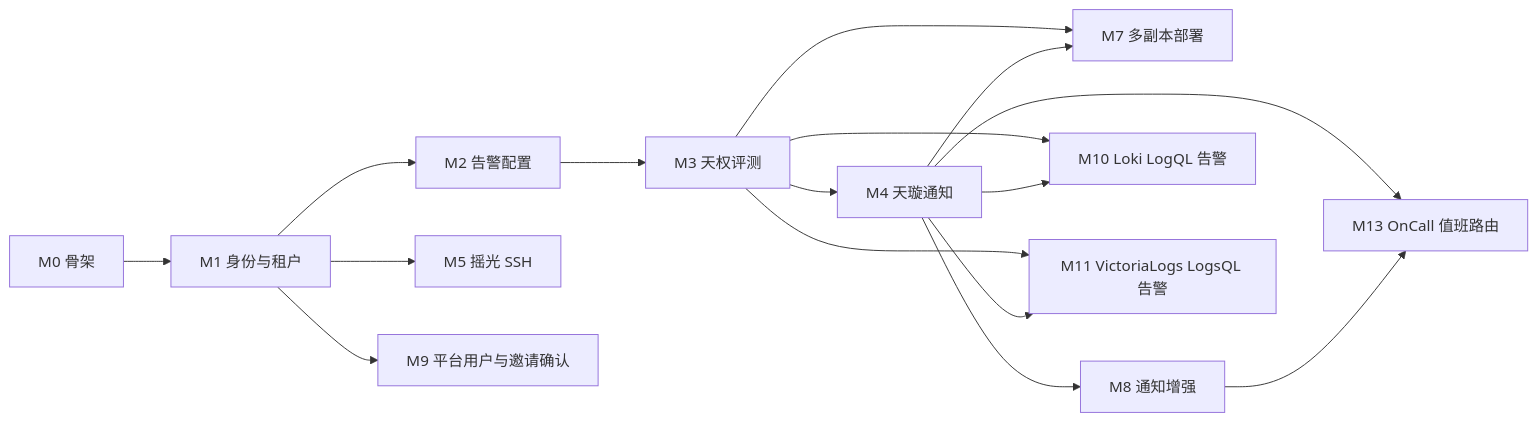
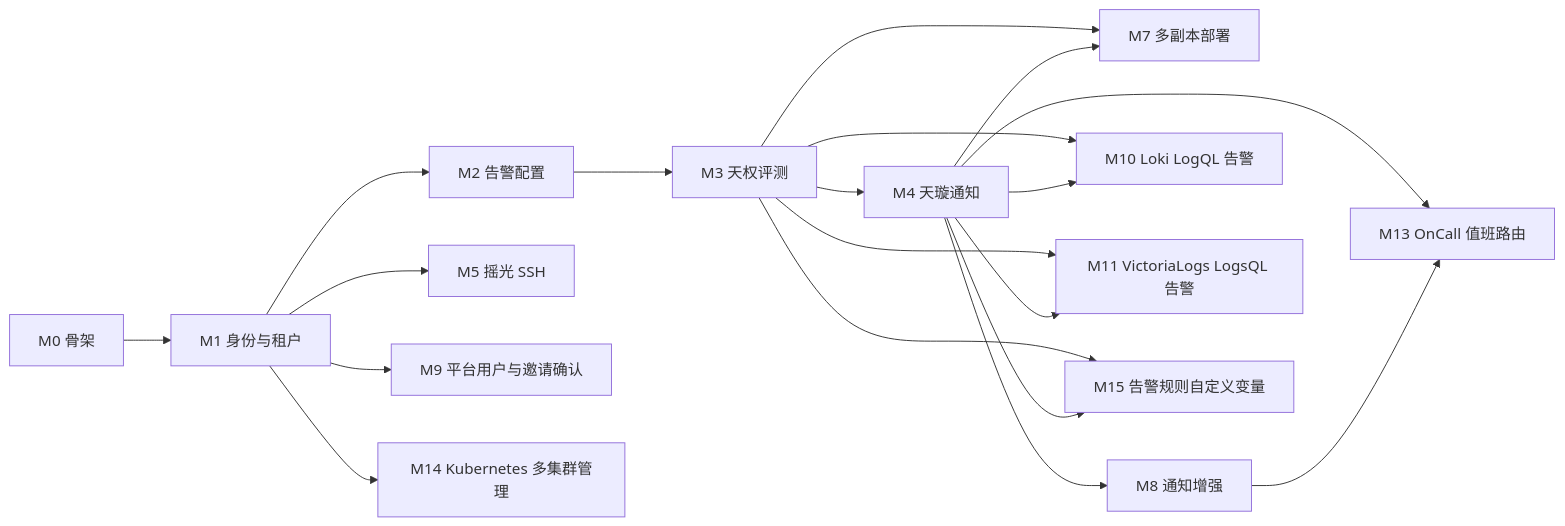
The diagram in docs/roadmap.md (aide-family/moon), drawn with Mermaid before and after one commit. The commit also changed other lines of this file and 187 other files, not shown here.

````diff
--- a/docs/roadmap.md
+++ b/docs/roadmap.md
@@ -38,27 +40,32 @@
 ```mermaid
 flowchart LR
   m0[M0 骨架]
   m1[M1 身份与租户]
   m2[M2 告警配置]
   m3[M3 天权评测]
   m4[M4 天璇通知]
   m5[M5 摇光 SSH]
   m7[M7 多副本部署]
   m8[M8 通知增强]
   m9[M9 平台用户与邀请确认]
   m10[M10 Loki LogQL 告警]
   m11[M11 VictoriaLogs LogsQL 告警]
   m13[M13 OnCall 值班路由]
+  m14[M14 Kubernetes 多集群管理]
+  m15[M15 告警规则自定义变量]
   m0 --> m1 --> m2 --> m3 --> m4
   m1 --> m5
   m1 --> m9
+  m1 --> m14
   m3 --> m7
   m4 --> m7
   m4 --> m8
   m3 --> m10
   m4 --> m10
   m3 --> m11
   m4 --> m11
   m4 --> m13
   m8 --> m13
+  m3 --> m15
+  m4 --> m15
 ```
````
